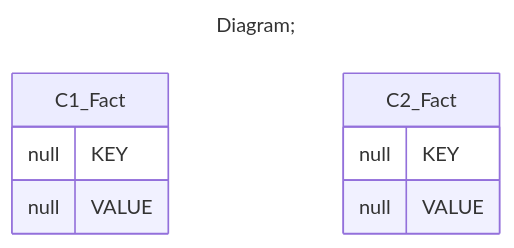
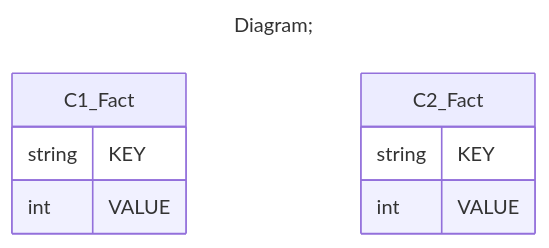
The fourth of 4 diagrams in demo/server/catalogs/min_VirtualCube_Measure_only/README.MD (xmla-services/workground), drawn with Mermaid before and after one commit. The commit also changed other lines of this file and 33 other files, not shown here.

````diff
--- a/demo/server/catalogs/min_VirtualCube_Measure_only/README.MD
+++ b/demo/server/catalogs/min_VirtualCube_Measure_only/README.MD
@@ -90,15 +84,15 @@
 ```mermaid
 ---
 title: Diagram;
 ---
 erDiagram
 C1_Fact{
-null KEY
-null VALUE
+string KEY
+int VALUE
 }
 C2_Fact{
-null KEY
-null VALUE
+string KEY
+int VALUE
 }
 
 ```
````
